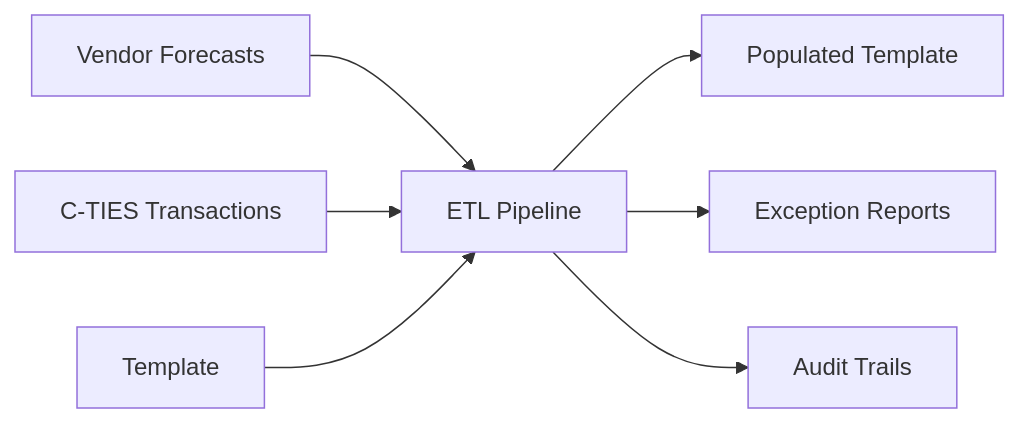
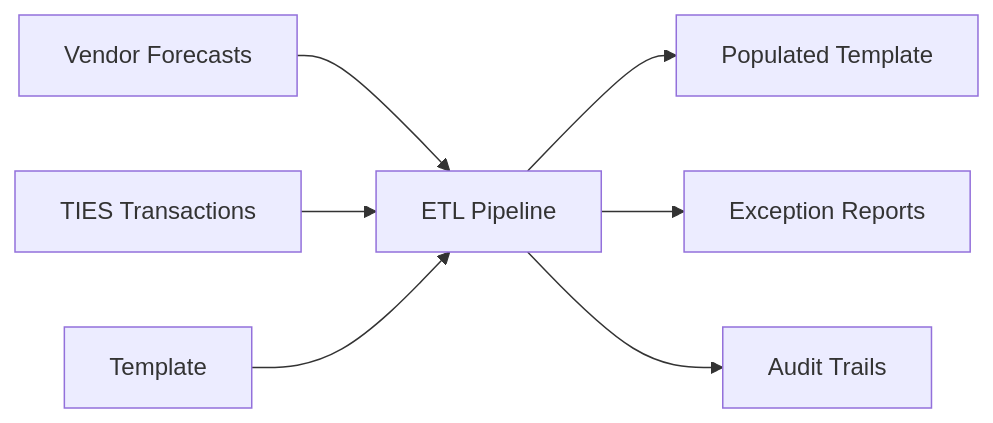
One commit to pfizer-maryoelkers/financial-automation-project changed the first of 3 diagrams in README.md. Above: the diagram before and after it, drawn with Mermaid. The commit also changed other lines of this file and 7 other files, not shown here.

````diff
--- a/README.md
+++ b/README.md
@@ -35,9 +35,9 @@
 ```mermaid
 graph LR
     A[Vendor Forecasts] --> D[ETL Pipeline]
-    B[C-TIES Transactions] --> D
+    B[TIES Transactions] --> D
     C[Template] --> D
     D --> E[Populated Template]
     D --> F[Exception Reports]
     D --> G[Audit Trails]
 ```
````
